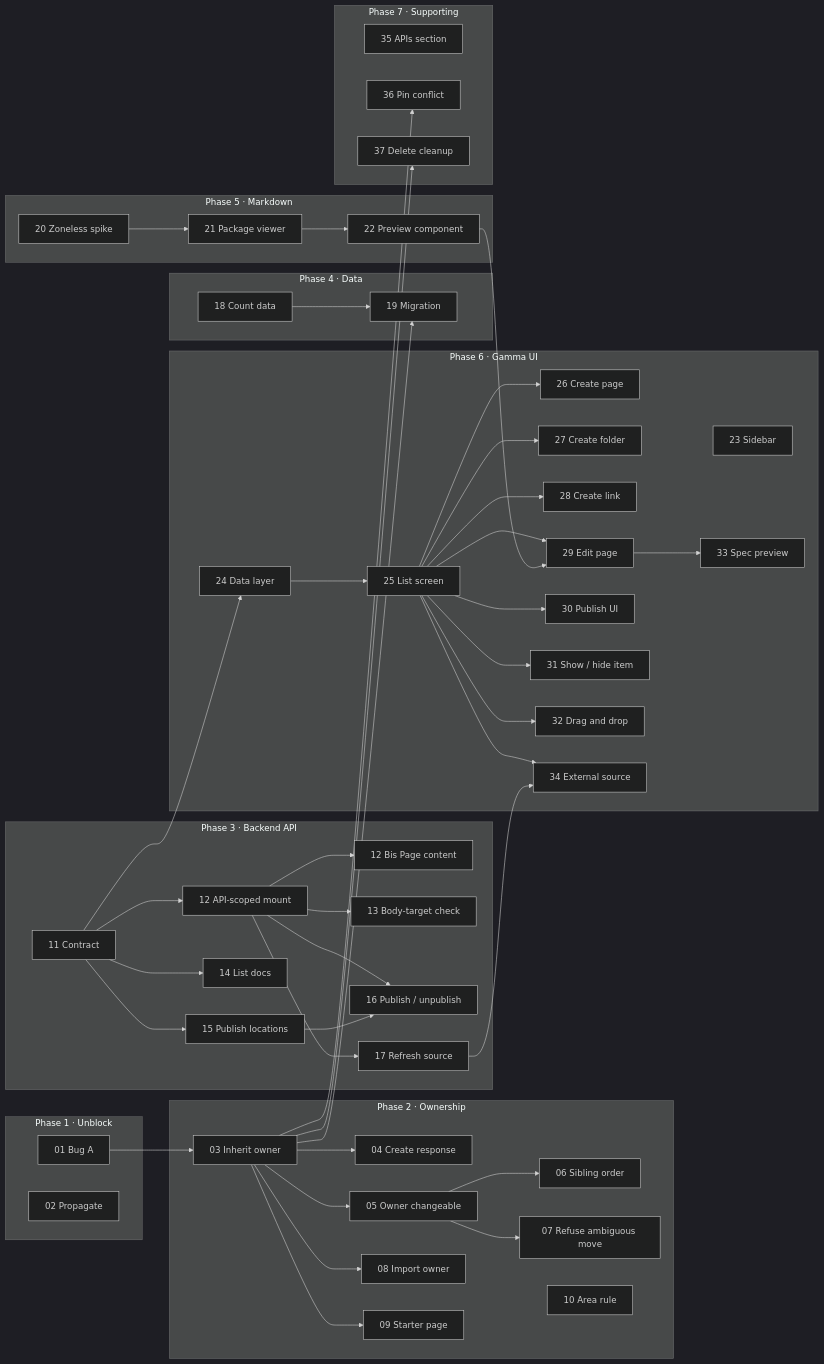
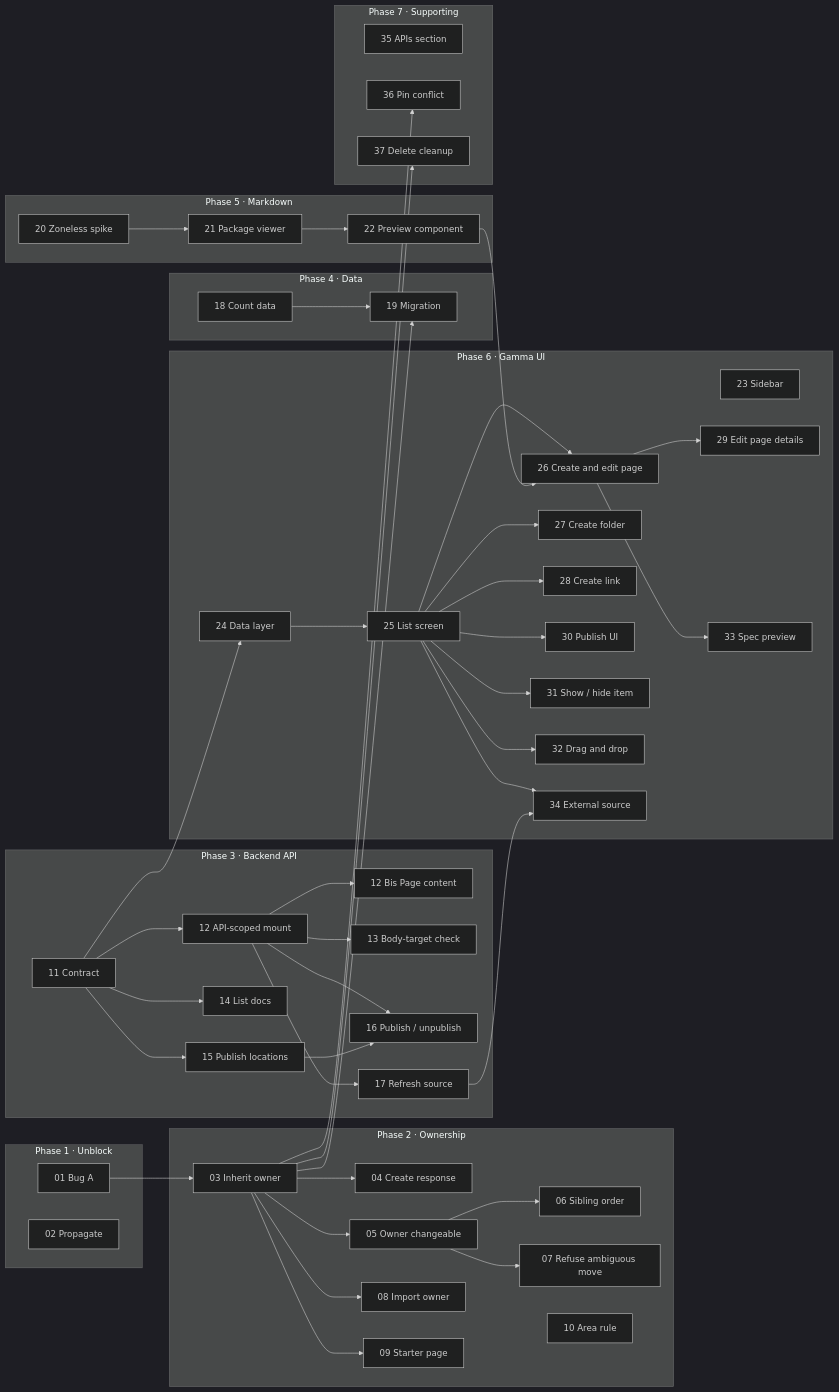
Before and after one commit to gravitee-io/gravitee-api-management: the third of 3 diagrams in plans/PLAN.md, drawn with Mermaid (dark theme). The commit also changed other lines of this file, not shown here.

````diff
--- a/plans/PLAN.md
+++ b/plans/PLAN.md
@@ -1365,10 +1391,10 @@
         S23["23 Sidebar"]
         S24["24 Data layer"]
         S25["25 List screen"]
-        S26["26 Create page"]
+        S26["26 Create and edit page"]
         S27["27 Create folder"]
         S28["28 Create link"]
-        S29["29 Edit page"]
+        S29["29 Edit page details"]
         S30["30 Publish UI"]
         S31["31 Show / hide item"]
         S32["32 Drag and drop"]
@@ -1407,12 +1433,12 @@
     S25 --> S26
     S25 --> S27
     S25 --> S28
-    S25 --> S29
-    S22 --> S29
+    S22 --> S26
+    S26 --> S29
     S25 --> S30
     S25 --> S31
     S25 --> S32
-    S29 --> S33
+    S26 --> S33
     S25 --> S34
     S17 --> S34
 ```
````
